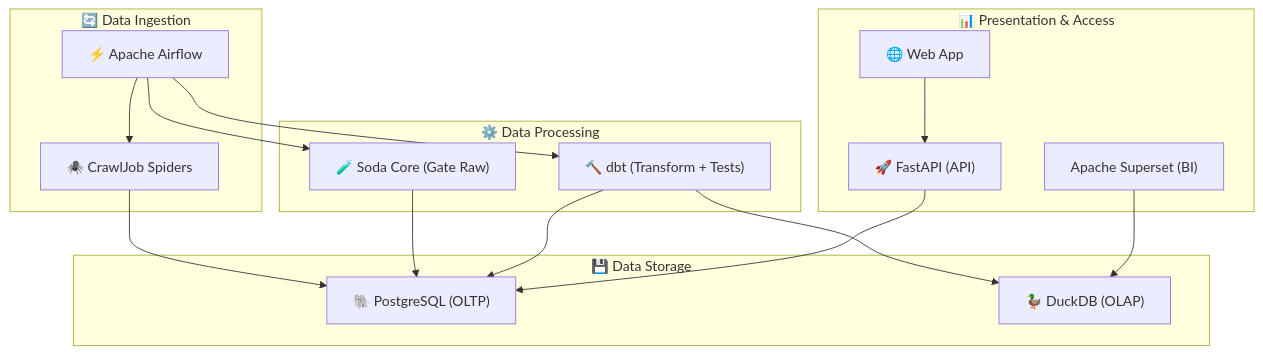
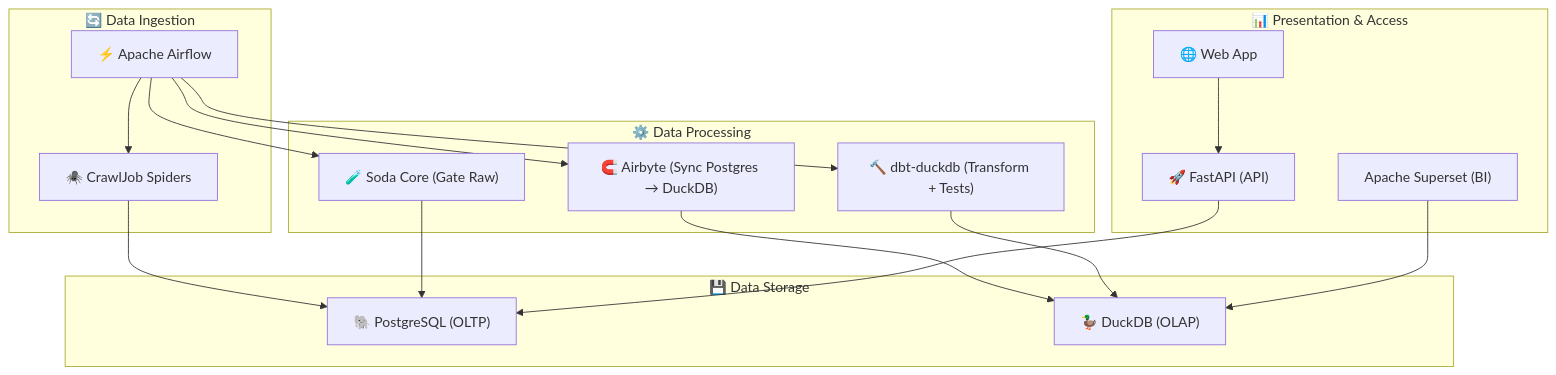
Before and after one commit to thethien8a/Crawl-Jobs: the diagram in README.md, drawn with Mermaid. The commit also changed other lines of this file, not shown here.

````diff
--- a/README.md
+++ b/README.md
@@ -16,28 +16,29 @@
 ```mermaid
 flowchart TD
     subgraph ingestion["🔄 Data Ingestion"]
         spiders["🕷️ CrawlJob Spiders"]
         airflow["⚡ Apache Airflow"]
     end
     subgraph storage["💾 Data Storage"]
         postgres["🐘 PostgreSQL (OLTP)"]
         duckdb["🦆 DuckDB (OLAP)"]
     end
     subgraph processing["⚙️ Data Processing"]
         soda["🧪 Soda Core (Gate Raw)"]
-        dbt["🔨 dbt (Transform + Tests)"]
+        airbyte["🧲 Airbyte (Sync Postgres → DuckDB)"]
+        dbt["🔨 dbt-duckdb (Transform + Tests)"]
     end
     subgraph presentation["📊 Presentation & Access"]
         superset["Apache Superset (BI)"]
         fastapi["🚀 FastAPI (API)"]
         webapp["🌐 Web App"]
     end
     airflow --> spiders --> postgres
     airflow --> soda --> postgres
+    airflow --> airbyte --> duckdb
     airflow --> dbt
-    dbt --> postgres
     dbt --> duckdb
     fastapi --> postgres
     webapp --> fastapi
     superset --> duckdb
 ```
````
